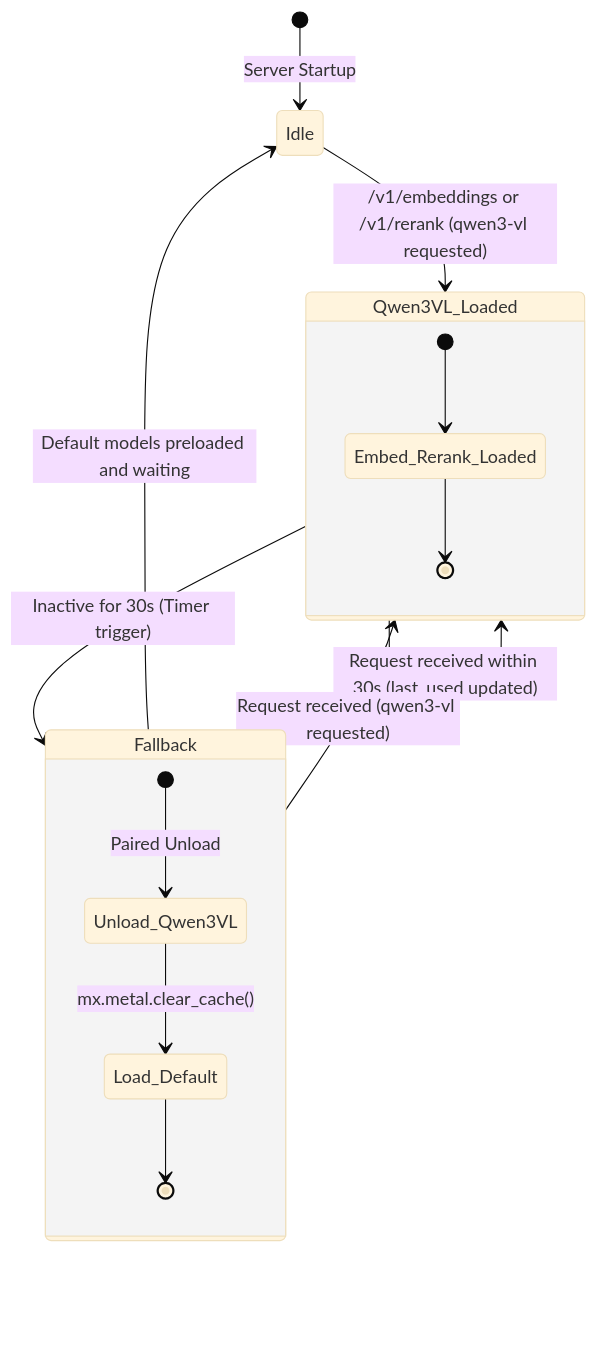
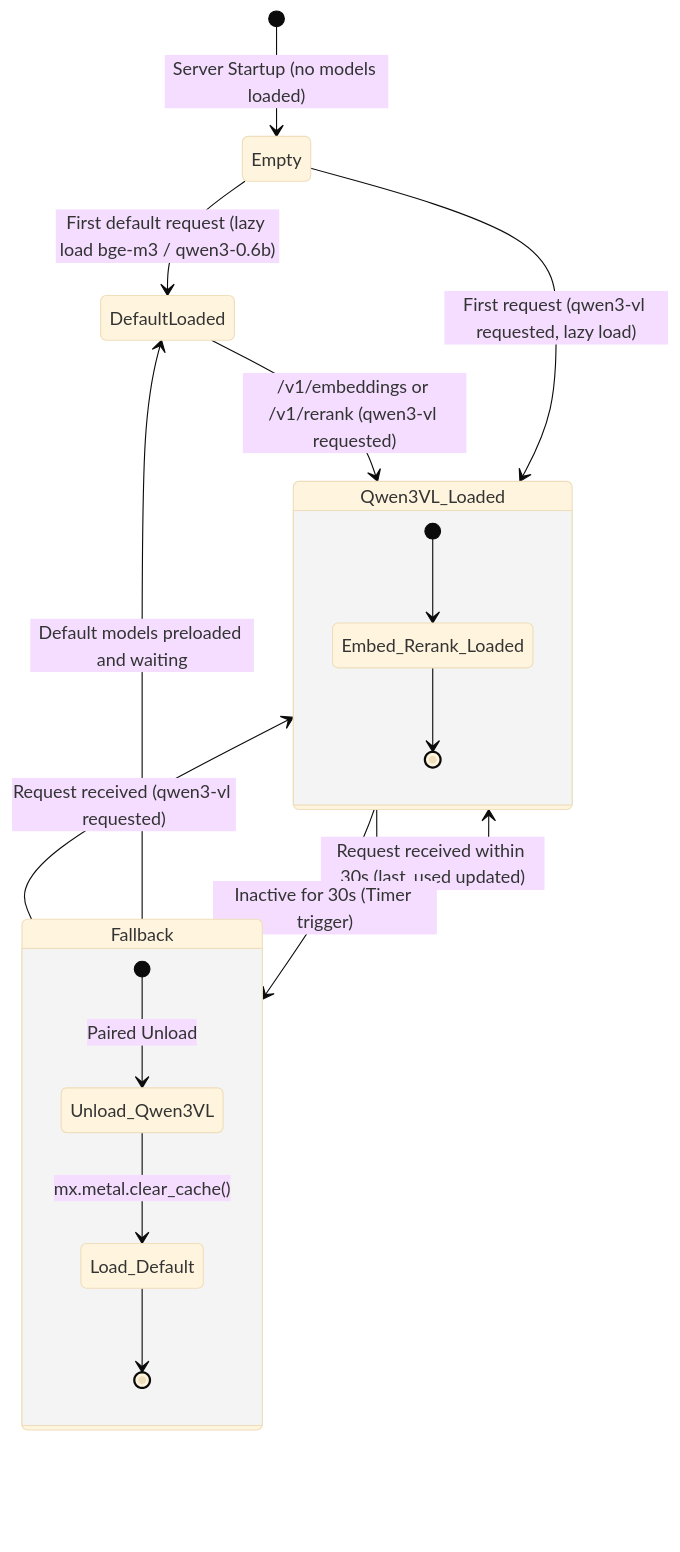
One commit to norizou/mlx-embed-rerank-server changed the first of 2 diagrams in README.md. Above: the diagram before and after it, drawn with Mermaid (base theme). The commit also changed other lines of this file and 3 other files, not shown here.

````diff
--- a/README.md
+++ b/README.md
@@ -57,20 +59,22 @@
 ```mermaid
 stateDiagram-v2
-    [*] --> Idle : Server Startup
-    Idle --> Qwen3VL_Loaded : /v1/embeddings or /v1/rerank (qwen3-vl requested)
+    [*] --> Empty : Server Startup (no models loaded)
+    Empty --> DefaultLoaded : First default request (lazy load bge-m3 / qwen3-0.6b)
+    Empty --> Qwen3VL_Loaded : First request (qwen3-vl requested, lazy load)
+    DefaultLoaded --> Qwen3VL_Loaded : /v1/embeddings or /v1/rerank (qwen3-vl requested)
     Qwen3VL_Loaded --> Qwen3VL_Loaded : Request received within 30s (last_used updated)
     Qwen3VL_Loaded --> Fallback : Inactive for 30s (Timer trigger)
-    Fallback --> Idle : Default models preloaded and waiting
+    Fallback --> DefaultLoaded : Default models preloaded and waiting
     Fallback --> Qwen3VL_Loaded : Request received (qwen3-vl requested)
 
     state Qwen3VL_Loaded {
         [*] --> Embed_Rerank_Loaded
         Embed_Rerank_Loaded --> [*]
     }
 
     state Fallback {
         [*] --> Unload_Qwen3VL : Paired Unload
         Unload_Qwen3VL --> Load_Default : mx.metal.clear_cache()
         Load_Default --> [*]
     }
 ```
````
